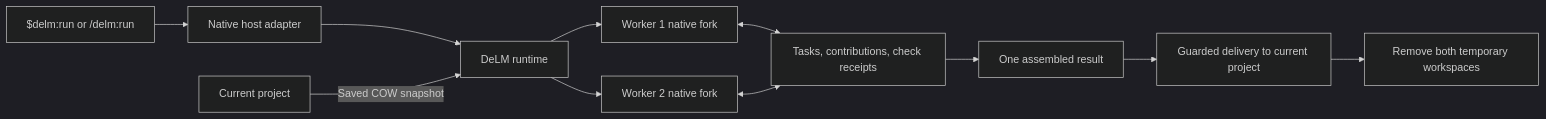
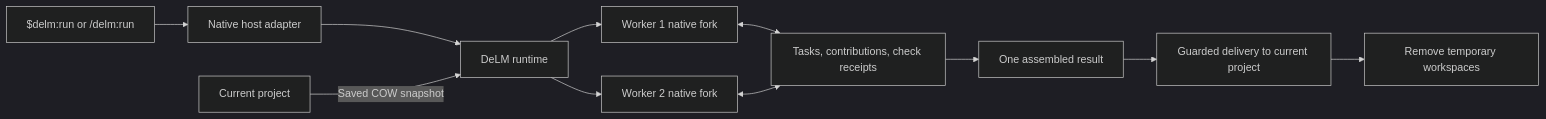
Before and after one commit to Decentralized-LM/delm-agent-plugin: the diagram in docs/architecture.md, drawn with Mermaid (dark theme). The commit also changed other lines of this file and 52 other files, not shown here.

````diff
--- a/docs/architecture.md
+++ b/docs/architecture.md
@@ -5,13 +5,13 @@
 ```mermaid
 flowchart LR
   User["$delm:run or /delm:run"] --> Adapter[Native host adapter]
   Adapter --> Runtime[DeLM runtime]
   Original[Current project] -->|Saved COW snapshot| Runtime
   Runtime --> W1[Worker 1 native fork]
   Runtime --> W2[Worker 2 native fork]
   W1 <--> Board[Tasks, contributions, check receipts]
   W2 <--> Board
   Board --> Result[One assembled result]
   Result --> Delivery[Guarded delivery to current project]
-  Delivery --> Cleanup[Remove both temporary workspaces]
+  Delivery --> Cleanup[Remove temporary workspaces]
 ```
````
